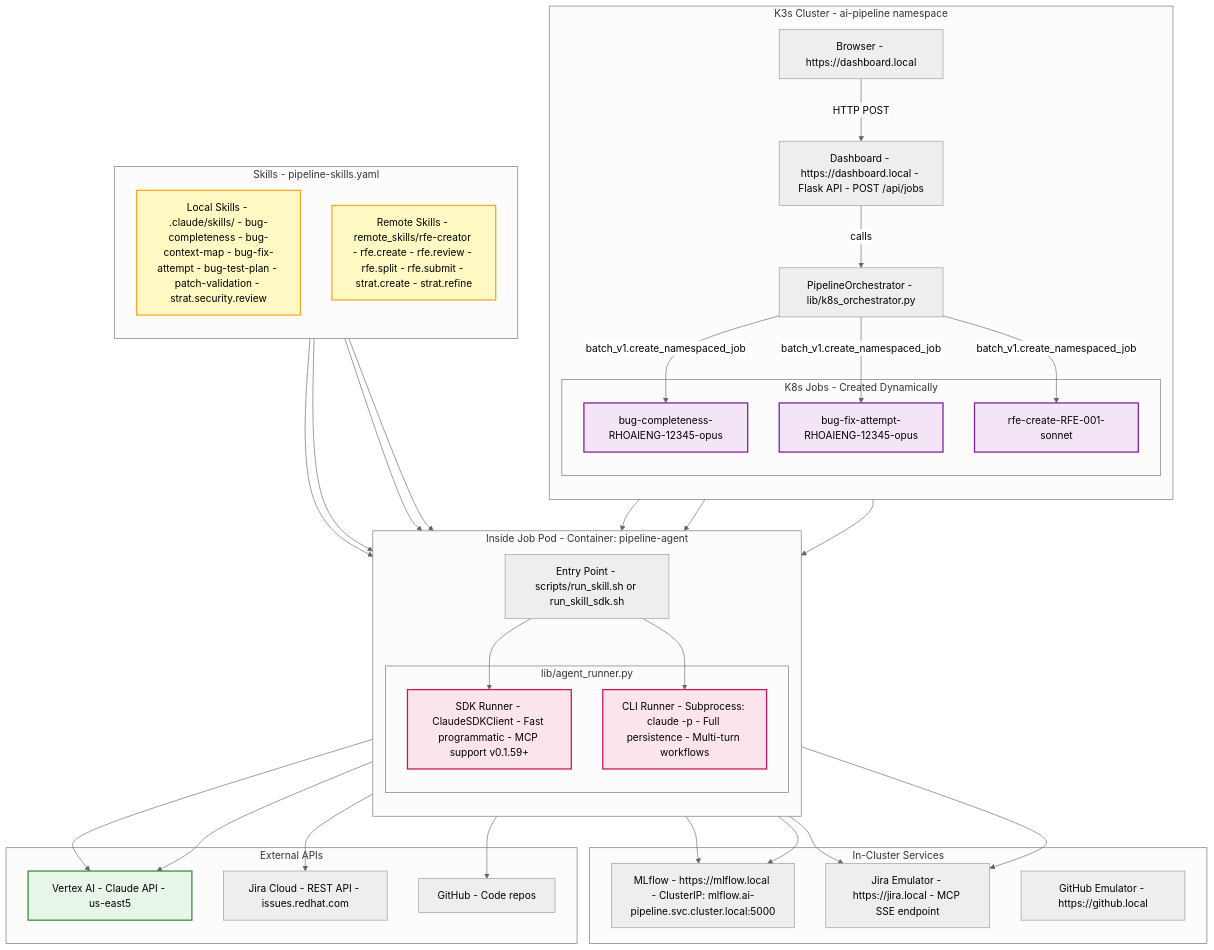
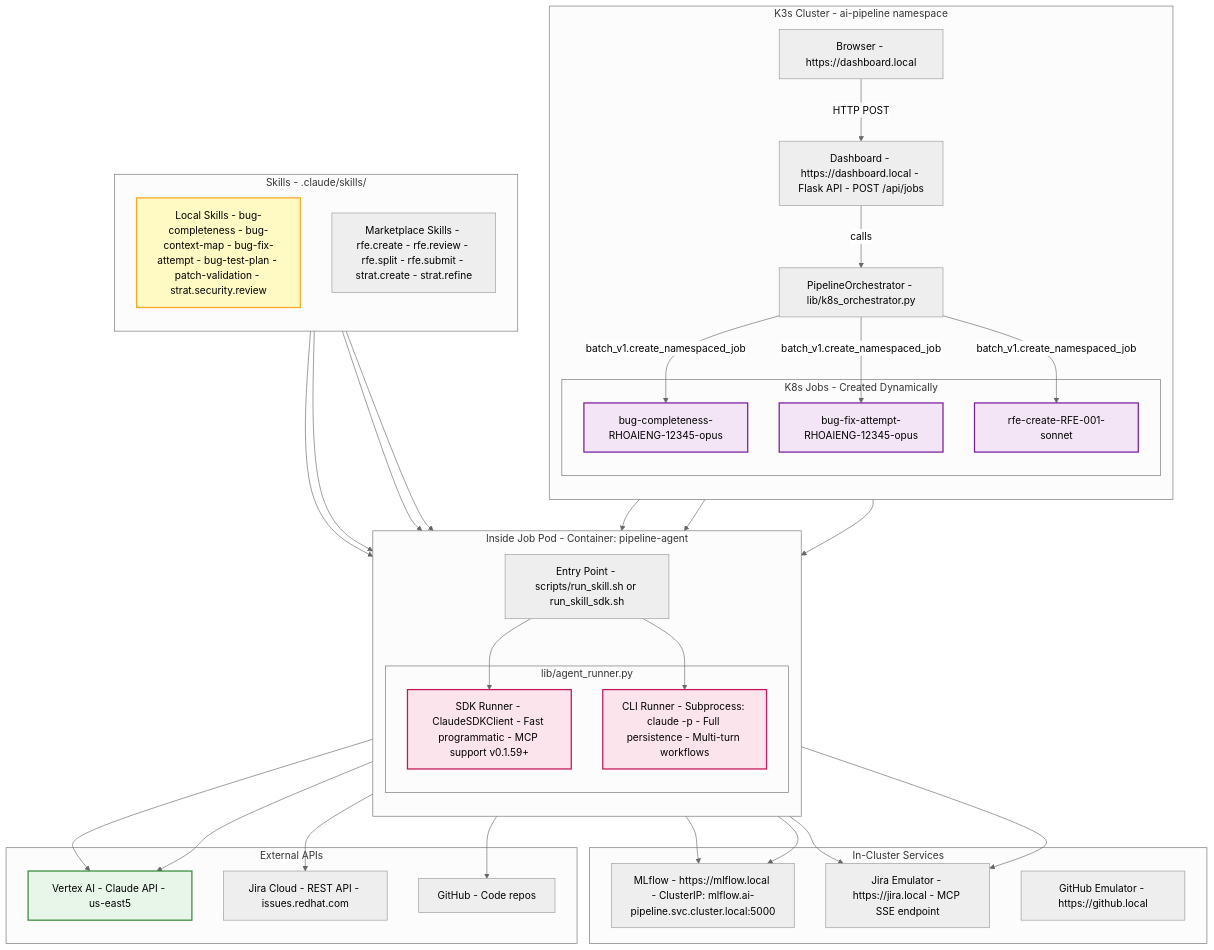
Before and after one commit to jctanner/ai-first-pipeline: the diagram in docs/architecture-jobs-runners.mmd, drawn with Mermaid (neutral theme). The commit also changed 1 other file, not shown here.

Commit message:
Update terminology: Remote Skills → Marketplace Skills
Skills are installed from the marketplace, not cloned from remote repos.

Changes:
- "Remote Skills - remote_skills/rfe-creator" → "Marketplace Skills"
- "Local + Remote" → "Local + Marketplace installed"
- All skills stored in .claude/skills/ (marketplace installs there too)

```diff
--- a/docs/architecture-jobs-runners.mmd
+++ b/docs/architecture-jobs-runners.mmd
@@ -1,86 +1,86 @@
 graph TB
     Browser["Browser - https://dashboard.local"]
 
     subgraph K8s["K3s Cluster - ai-pipeline namespace"]
         direction TB
 
         Dashboard["Dashboard - https://dashboard.local - Flask API - POST /api/jobs"]
         Orchestrator["PipelineOrchestrator - lib/k8s_orchestrator.py"]
 
         subgraph Jobs["K8s Jobs - Created Dynamically"]
             Job1["bug-completeness-RHOAIENG-12345-opus"]
             Job2["bug-fix-attempt-RHOAIENG-12345-opus"]
             Job3["rfe-create-RFE-001-sonnet"]
         end
 
         Browser -->|HTTP POST| Dashboard
         Dashboard -->|calls| Orchestrator
         Orchestrator -->|batch_v1.create_namespaced_job| Job1
         Orchestrator -->|batch_v1.create_namespaced_job| Job2
         Orchestrator -->|batch_v1.create_namespaced_job| Job3
     end
 
     subgraph JobPod["Inside Job Pod - Container: pipeline-agent"]
         direction TB
 
         Scripts["Entry Point - scripts/run_skill.sh or run_skill_sdk.sh"]
 
         subgraph RunnerLogic["lib/agent_runner.py"]
             SDKRunner["SDK Runner - ClaudeSDKClient - Fast programmatic - MCP support v0.1.59+"]
             CLIRunner["CLI Runner - Subprocess: claude -p - Full persistence - Multi-turn workflows"]
         end
 
         Scripts --> SDKRunner
         Scripts --> CLIRunner
     end
 
-    subgraph Skills["Skills - pipeline-skills.yaml"]
+    subgraph Skills["Skills - .claude/skills/"]
         direction TB
 
-        LocalSkills["Local Skills - .claude/skills/ - bug-completeness - bug-context-map - bug-fix-attempt - bug-test-plan - patch-validation - strat.security.review"]
+        LocalSkills["Local Skills - bug-completeness - bug-context-map - bug-fix-attempt - bug-test-plan - patch-validation - strat.security.review"]
 
-        RemoteSkills["Remote Skills - remote_skills/rfe-creator - rfe.create - rfe.review - rfe.split - rfe.submit - strat.create - strat.refine"]
+        MarketplaceSkills["Marketplace Skills - rfe.create - rfe.review - rfe.split - rfe.submit - strat.create - strat.refine"]
     end
 
     subgraph ClusterServices["In-Cluster Services"]
         MLflowService["MLflow - https://mlflow.local - ClusterIP: mlflow.ai-pipeline.svc.cluster.local:5000"]
         JiraEmuService["Jira Emulator - https://jira.local - MCP SSE endpoint"]
         GitHubEmuService["GitHub Emulator - https://github.local"]
     end
 
     subgraph External["External APIs"]
         VertexAI["Vertex AI - Claude API - us-east5"]
         JiraCloud["Jira Cloud - REST API - issues.redhat.com"]
         GitHubCloud["GitHub - Code repos"]
     end
 
     Job1 --> Scripts
     Job2 --> Scripts
     Job3 --> Scripts
 
     LocalSkills --> SDKRunner
     LocalSkills --> CLIRunner
-    RemoteSkills --> SDKRunner
-    RemoteSkills --> CLIRunner
+    MarketplaceSkills --> SDKRunner
+    MarketplaceSkills --> CLIRunner
 
     SDKRunner --> VertexAI
     CLIRunner --> VertexAI
 
     SDKRunner --> MLflowService
     CLIRunner --> MLflowService
 
     SDKRunner --> JiraEmuService
     CLIRunner --> JiraEmuService
 
     SDKRunner --> JiraCloud
     CLIRunner --> GitHubCloud
 
     classDef job fill:#f3e5f5,stroke:#7b1fa2,stroke-width:2px
     classDef runner fill:#fce4ec,stroke:#c2185b,stroke-width:2px
     classDef skill fill:#fff9c4,stroke:#f9a825,stroke-width:2px
     classDef external fill:#e8f5e9,stroke:#388e3c,stroke-width:2px
 
     class Job1,Job2,Job3 job
     class SDKRunner,CLIRunner runner
     class LocalSkills,RemoteSkills,Templated,Native skill
     class VertexAI,JiraAPI,MLflow external
```
